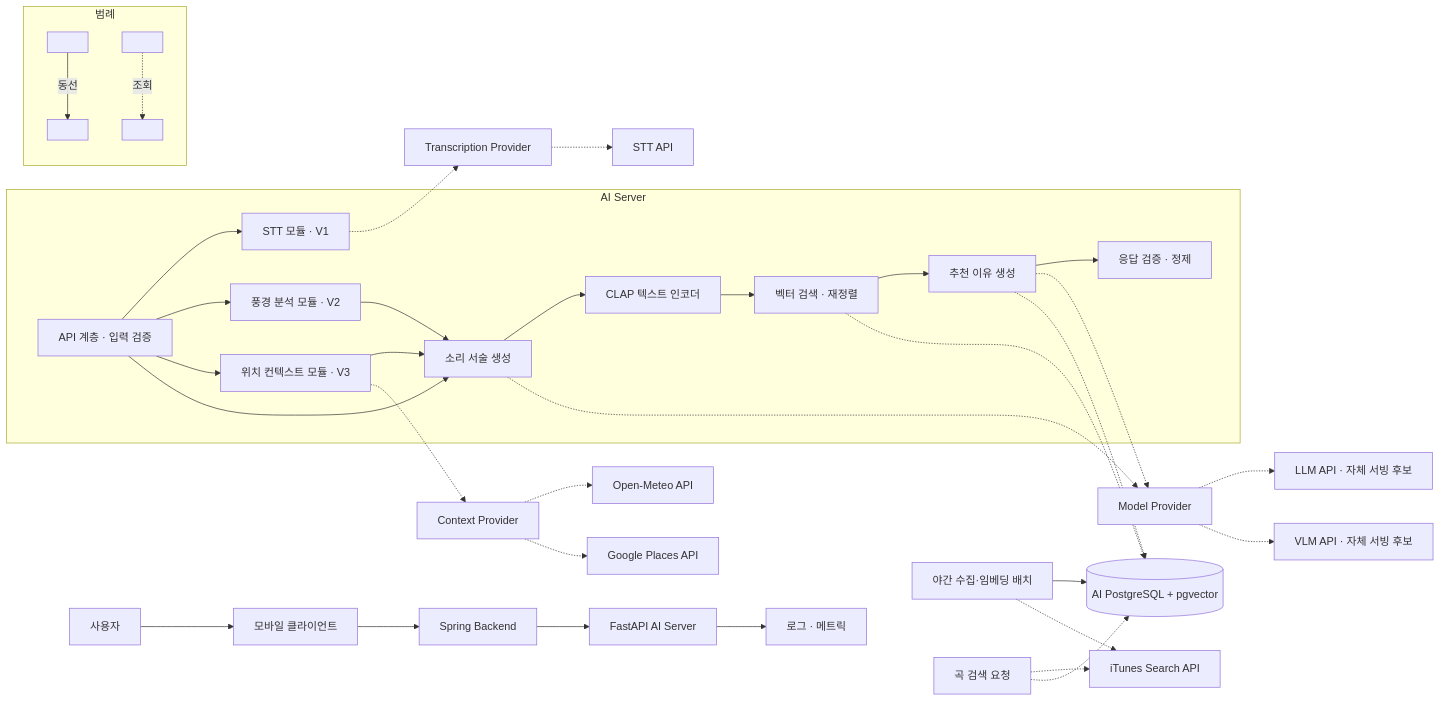
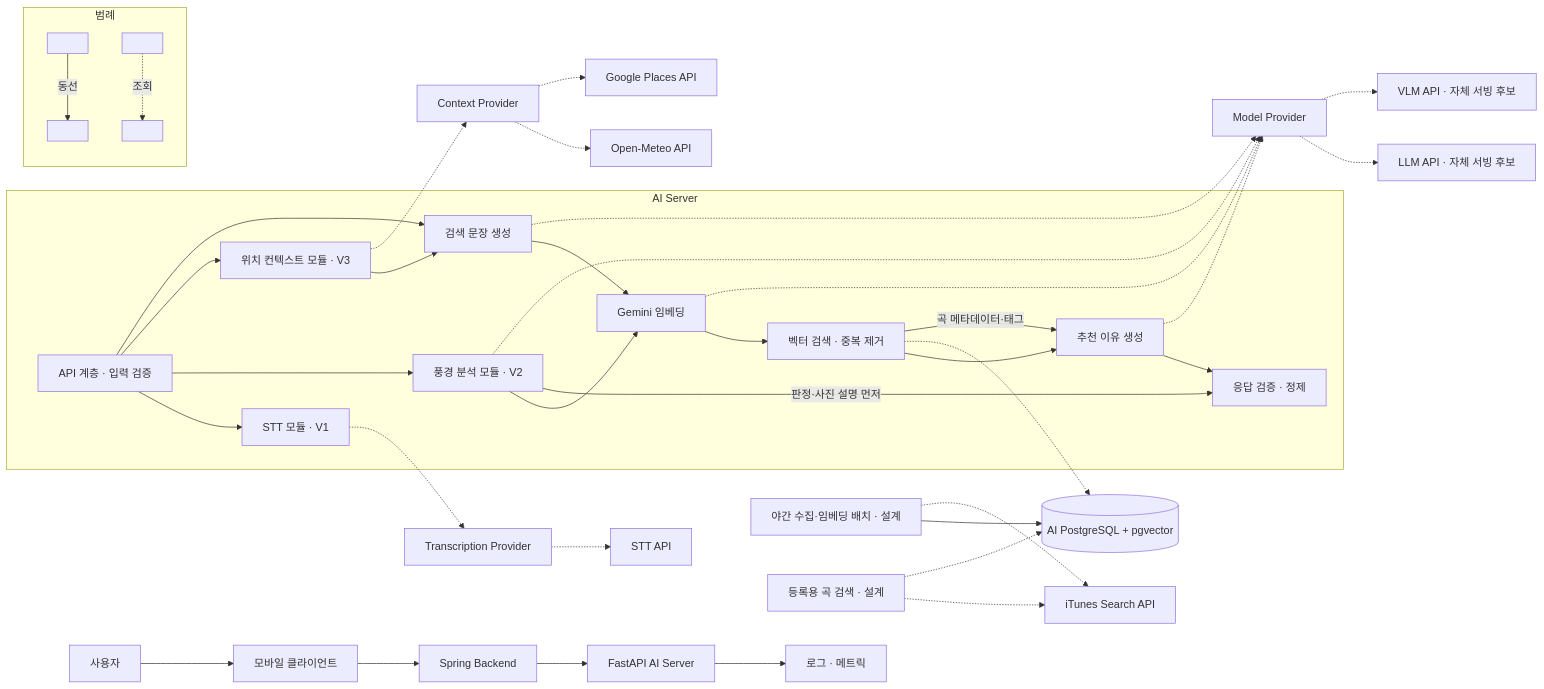
Before and after one commit to 100-hours-a-week/KTB4-18th-AI: the first of 3 diagrams in docs/wiki/week2/08-최종 통합 설계 및 회고.md, drawn with Mermaid. The commit also changed other lines of this file and 2 other files, not shown here.

Commit message:
docs: V1·V2 API 계약과 추천 워크플로우 현행화

````diff
--- a/docs/wiki/week2/08-최종 통합 설계 및 회고.md
+++ b/docs/wiki/week2/08-최종 통합 설계 및 회고.md
@@ -23,55 +23,58 @@
 ```mermaid
 flowchart LR
     U[사용자] --> F[모바일 클라이언트]
     F --> S[Spring Backend]
     S --> A[FastAPI AI Server]
 
     subgraph AI[AI Server]
         API[API 계층 · 입력 검증]
         STT[STT 모듈 · V1]
         SCENE[풍경 분석 모듈 · V2]
         CTX[위치 컨텍스트 모듈 · V3]
-        SD[소리 서술 생성]
-        CE[CLAP 텍스트 인코더]
-        SEARCH[벡터 검색 · 재정렬]
+        SD[검색 문장 생성]
+        CE[Gemini 임베딩]
+        SEARCH[벡터 검색 · 중복 제거]
         REASON[추천 이유 생성]
         RESP[응답 검증 · 정제]
 
         API --> STT
         API --> SCENE
         API --> CTX
         API --> SD
-        SCENE --> SD
+        SCENE --> CE
         CTX --> SD
         SD --> CE
         CE --> SEARCH
         SEARCH --> REASON
         REASON --> RESP
+        SCENE -->|판정·사진 설명 먼저| RESP
     end
 
     SD -.-> MP[Model Provider]
+    SCENE -.-> MP
+    CE -.-> MP
     REASON -.-> MP
     STT -.-> TP[Transcription Provider]
     CTX -.-> CP[Context Provider]
 
     MP -.-> LLM[LLM API · 자체 서빙 후보]
     MP -.-> VLMAPI[VLM API · 자체 서빙 후보]
     TP -.-> STTAPI[STT API]
     CP -.-> WEA[Open-Meteo API]
     CP -.-> PLA[Google Places API]
 
     SEARCH -.-> DB[(AI PostgreSQL + pgvector)]
-    REASON -.-> DB
+    SEARCH -->|곡 메타데이터·태그| REASON
 
-    BATCH[야간 수집·임베딩 배치] --> DB
+    BATCH[야간 수집·임베딩 배치 · 설계] --> DB
     BATCH -.-> ITUNES[iTunes Search API]
-    SRCH[곡 검색 요청] -.-> ITUNES
+    SRCH[등록용 곡 검색 · 설계] -.-> ITUNES
     SRCH -.-> DB
 
     A --> OBS[로그 · 메트릭]
     subgraph Legend ["범례"]
         direction TB
         L1[ ] -->|동선| L2[ ]
         L3[ ] -.->|조회| L4[ ]
     end
 ```
````
